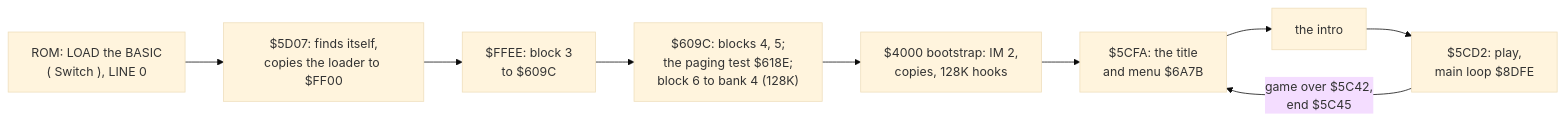
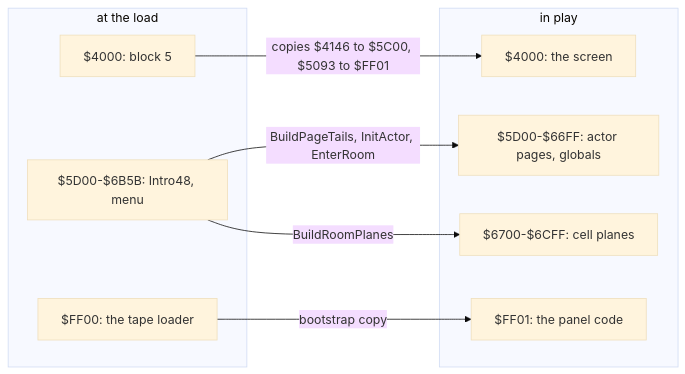
One commit to alfishe/unrealng-reverse-cases changed the first of 3 diagrams in games/switchblade/docs/02-architecture.md. Above: the diagram before and after it, drawn with Mermaid (base theme). The commit also changed other lines of this file and 43 other files, not shown here.

````diff
--- a/games/switchblade/docs/02-architecture.md
+++ b/games/switchblade/docs/02-architecture.md
@@ -41,11 +130,18 @@
 ```mermaid
 flowchart LR
-  A["ROM: LOAD the BASIC<br/>( Switch ), LINE 0"] --> B["$5D07: finds itself,<br/>copies the loader to $FF00"]
-  B --> C["$FFEE: block 3<br/>to $609C"]
-  C --> D["$609C: blocks 4, 5;<br/>the paging test $618E;<br/>block 6 to bank 4 (128K)"]
-  D --> E["$4000 bootstrap: IM 2,<br/>copies, 128K hooks"]
-  E --> F["$5CFA: the title<br/>and menu $6A7B"]
-  F --> G["the intro"]
-  G --> H["$5CD2: play,<br/>main loop $8DFE"]
-  H -->|"game over $5C42,<br/>end $5C45"| F
+    subgraph load["at the load"]
+        L1["$4000: block 5"]
+        L2["$5D00-$6B5B: Intro48, menu"]
+        L3["$FF00: the tape loader"]
+    end
+    subgraph play["in play"]
+        P1["$4000: the screen"]
+        P2["$5D00-$66FF: actor pages, globals"]
+        P3["$6700-$6CFF: cell planes"]
+        P4["$FF01: the panel code"]
+    end
+    L1 -- "copies $4146 to $5C00, $5093 to $FF01" --> P1
+    L2 -- "BuildPageTails, InitActor, EnterRoom" --> P2
+    L2 -- "BuildRoomPlanes" --> P3
+    L3 -- "bootstrap copy" --> P4
 ```
````
